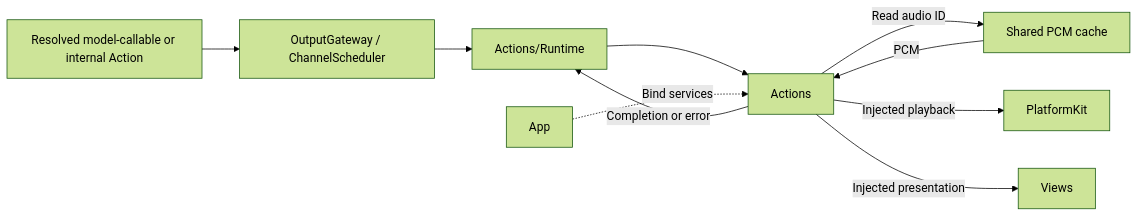
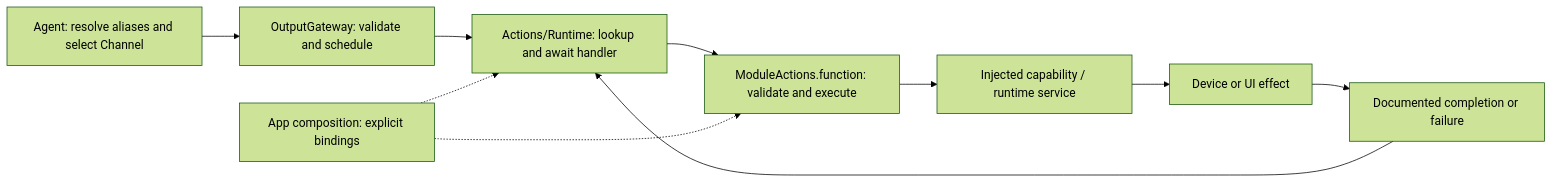
One commit to devilyouwei/MobileHarness changed the first of 2 diagrams in MobileHarness/Actions/README.md. Above: the diagram before and after it, drawn with Mermaid (forest theme). The commit also changed other lines of this file and 131 other files, not shown here.

Commit message:
Define Action contracts and separate App UI composition

````diff
--- a/MobileHarness/Actions/README.md
+++ b/MobileHarness/Actions/README.md
@@ -28,12 +23,12 @@
 ```mermaid
 flowchart LR
-    Agent[Resolved model-callable or internal Action] --> Gateway[OutputGateway / ChannelScheduler]
-    Gateway --> Runtime[Actions/Runtime]
-    Runtime --> Actions
-    App -.->|Bind services| Actions
-    Actions -->|Read audio ID| Cache[Shared PCM cache]
-    Cache -->|PCM| Actions
-    Actions -->|Injected playback| PlatformKit
-    Actions -->|Injected presentation| Views
-    Actions -->|Completion or error| Runtime
+    Agent[Agent: resolve aliases and select Channel] --> Gateway[OutputGateway: validate and schedule]
+    Gateway --> Runtime[Actions/Runtime: lookup and await handler]
+    Runtime --> Entry[ModuleActions.function: validate and execute]
+    App[App composition: explicit bindings] -.-> Runtime
+    App -.-> Entry
+    Entry --> Service[Injected capability / runtime service]
+    Service --> Effect[Device or UI effect]
+    Effect --> Completion[Documented completion or failure]
+    Completion --> Runtime
 ```
````
